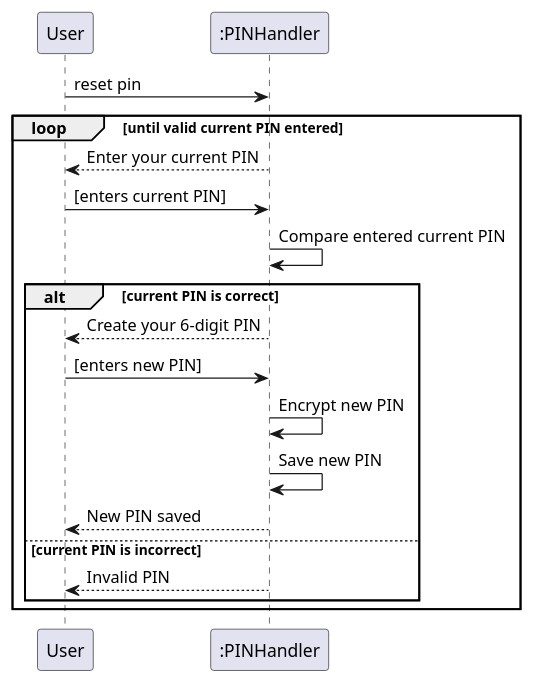
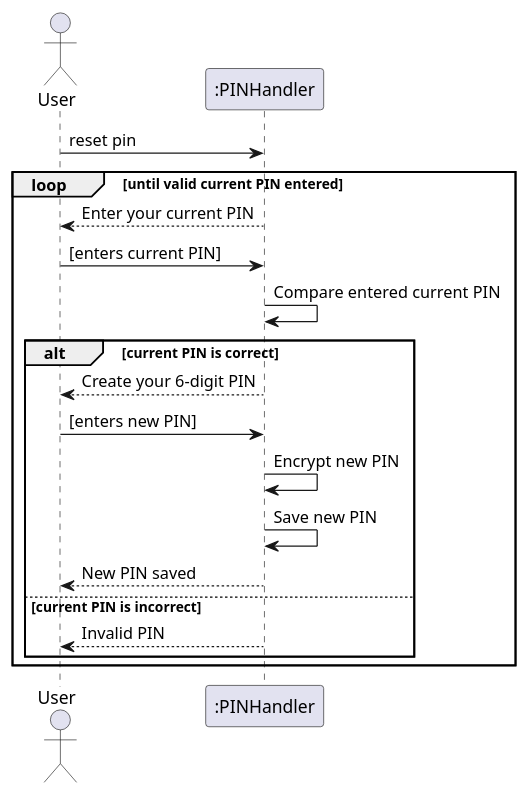
One commit to jing-xiang/tp changed the diagram in docs/diagrams/pinreset.puml. Above: the diagram before and after it, drawn with PlantUML. The commit also changed 1 other file, not shown here.

Commit message:
Update user to actor pinreset.puml

```diff
--- a/docs/diagrams/pinreset.puml
+++ b/docs/diagrams/pinreset.puml
@@ -1,20 +1,20 @@
 @startuml
-participant User
+actor User
 participant ":PINHandler" as PINHandler
 
 User -> PINHandler: reset pin
 loop until valid current PIN entered
     PINHandler --> User: Enter your current PIN
     User -> PINHandler: [enters current PIN]
     PINHandler -> PINHandler: Compare entered current PIN
     alt current PIN is correct
         PINHandler --> User: Create your 6-digit PIN
         User -> PINHandler: [enters new PIN]
         PINHandler -> PINHandler: Encrypt new PIN
         PINHandler -> PINHandler: Save new PIN
         PINHandler --> User: New PIN saved
     else current PIN is incorrect
         PINHandler --> User: Invalid PIN
     end
 end
 @enduml
```
